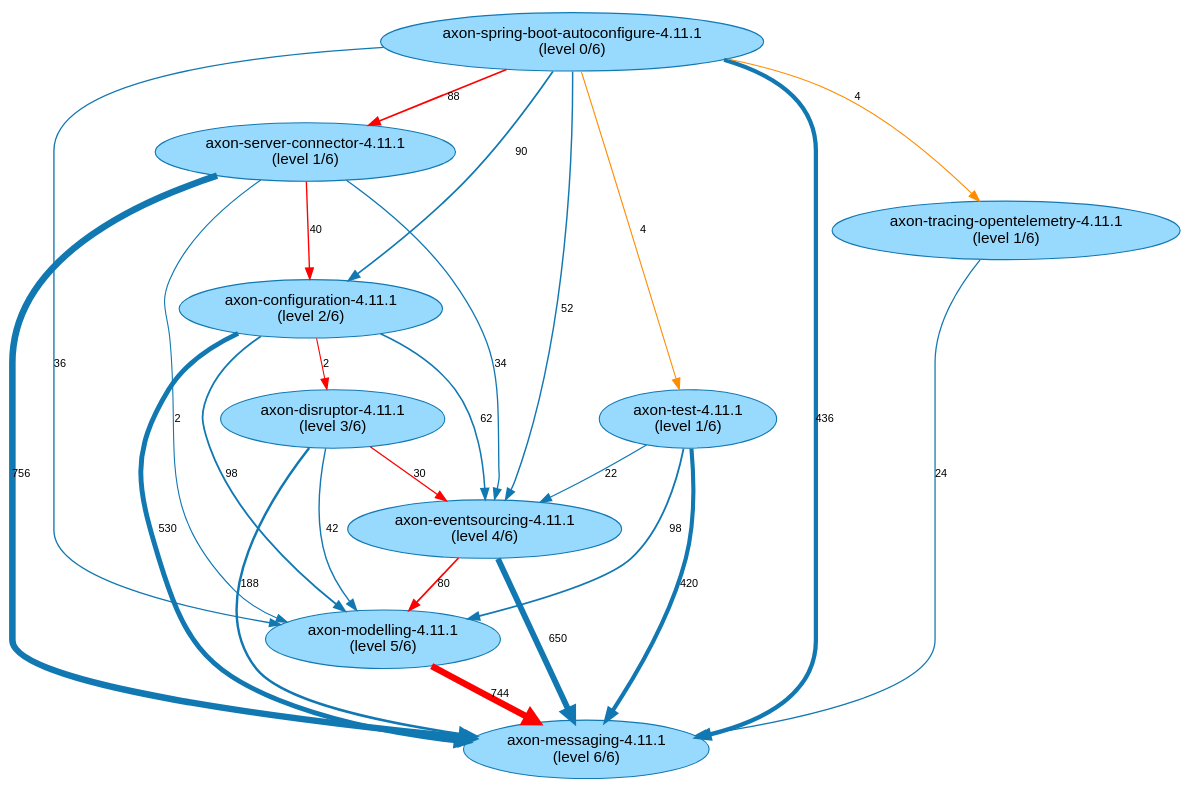
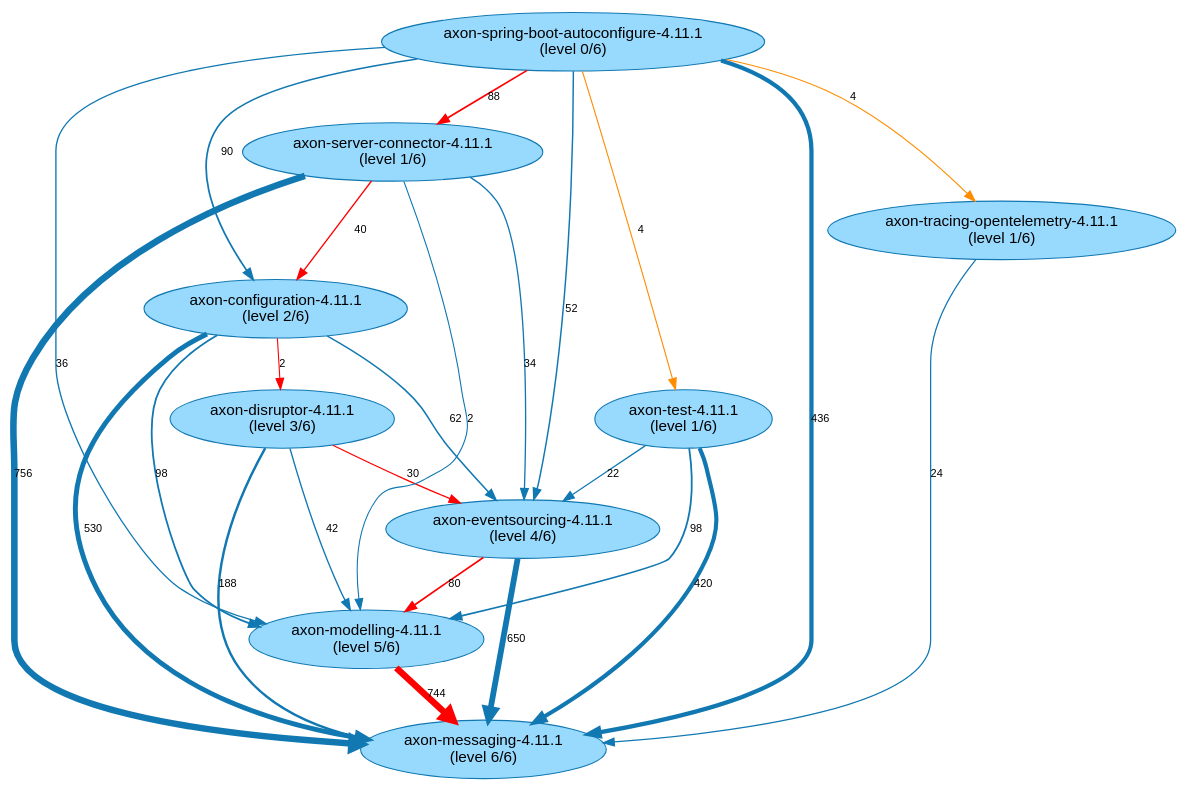
The diagram in analysis-results/AxonFramework/latest/path-finding-visualization/JavaArtifactLongestPaths.gv (JohT/code-graph-analysis-examples), drawn with Graphviz before and after one commit. The commit also changed other lines of this file and 287 other files, not shown here.

```diff
--- a/analysis-results/AxonFramework/latest/path-finding-visualization/JavaArtifactLongestPaths.gv
+++ b/analysis-results/AxonFramework/latest/path-finding-visualization/JavaArtifactLongestPaths.gv
@@ -1,37 +1,37 @@
 // This GraphViz dot file was generated by the script convertQueryResultCsvToGraphVizDotFile.sh with default.template
 
 strict digraph JavaArtifactLongestPaths {
     fontname = "Helvetica,Arial,sans-serif";
     node [fontname = "Helvetica,Arial,sans-serif";];
     edge [fontname = "Helvetica,Arial,sans-serif"; fontsize = 10;];
     node [style = filled; fillcolor = "0.560 0.400 0.999";];
     node [color = "0.560 0.900 0.700";];
     edge [color = "0.560 0.900 0.700";];
+	"axon-configuration-4.11.1\n(level 2/6)" -> "axon-eventsourcing-4.11.1\n(level 4/6)" [label=62; penwidth=1.4; ];
 	"axon-configuration-4.11.1\n(level 2/6)" -> "axon-modelling-4.11.1\n(level 5/6)" [label=98; penwidth=1.64; ];
-	"axon-configuration-4.11.1\n(level 2/6)" -> "axon-eventsourcing-4.11.1\n(level 4/6)" [label=62; penwidth=1.4; ];
 	"axon-configuration-4.11.1\n(level 2/6)" -> "axon-messaging-4.11.1\n(level 6/6)" [label=530; penwidth=4.5; ];
 	"axon-configuration-4.11.1\n(level 2/6)" -> "axon-disruptor-4.11.1\n(level 3/6)" [label=2; penwidth=1.0; color="red"; ];
+	"axon-spring-boot-autoconfigure-4.11.1\n(level 0/6)" -> "axon-messaging-4.11.1\n(level 6/6)" [label=436; penwidth=3.88; ];
+	"axon-spring-boot-autoconfigure-4.11.1\n(level 0/6)" -> "axon-eventsourcing-4.11.1\n(level 4/6)" [label=52; penwidth=1.33; ];
+	"axon-spring-boot-autoconfigure-4.11.1\n(level 0/6)" -> "axon-configuration-4.11.1\n(level 2/6)" [label=90; penwidth=1.58; ];
 	"axon-spring-boot-autoconfigure-4.11.1\n(level 0/6)" -> "axon-server-connector-4.11.1\n(level 1/6)" [label=88; penwidth=1.57; color="red"; ];
-	"axon-spring-boot-autoconfigure-4.11.1\n(level 0/6)" -> "axon-messaging-4.11.1\n(level 6/6)" [label=436; penwidth=3.88; ];
-	"axon-spring-boot-autoconfigure-4.11.1\n(level 0/6)" -> "axon-configuration-4.11.1\n(level 2/6)" [label=90; penwidth=1.58; ];
 	"axon-spring-boot-autoconfigure-4.11.1\n(level 0/6)" -> "axon-modelling-4.11.1\n(level 5/6)" [label=36; penwidth=1.23; ];
-	"axon-spring-boot-autoconfigure-4.11.1\n(level 0/6)" -> "axon-eventsourcing-4.11.1\n(level 4/6)" [label=52; penwidth=1.33; ];
 	"axon-spring-boot-autoconfigure-4.11.1\n(level 0/6)" -> "axon-tracing-opentelemetry-4.11.1\n(level 1/6)" [label=4; penwidth=1.01; ];
 	"axon-spring-boot-autoconfigure-4.11.1\n(level 0/6)" -> "axon-test-4.11.1\n(level 1/6)" [label=4; penwidth=1.01; ];
 	"axon-server-connector-4.11.1\n(level 1/6)" -> "axon-messaging-4.11.1\n(level 6/6)" [label=756; penwidth=6.0; ];
 	"axon-server-connector-4.11.1\n(level 1/6)" -> "axon-configuration-4.11.1\n(level 2/6)" [label=40; penwidth=1.25; color="red"; ];
 	"axon-server-connector-4.11.1\n(level 1/6)" -> "axon-eventsourcing-4.11.1\n(level 4/6)" [label=34; penwidth=1.21; ];
 	"axon-server-connector-4.11.1\n(level 1/6)" -> "axon-modelling-4.11.1\n(level 5/6)" [label=2; penwidth=1.0; ];
 	"axon-modelling-4.11.1\n(level 5/6)" -> "axon-messaging-4.11.1\n(level 6/6)" [label=744; penwidth=5.92; color="red"; ];
 	"axon-eventsourcing-4.11.1\n(level 4/6)" -> "axon-messaging-4.11.1\n(level 6/6)" [label=650; penwidth=5.3; ];
 	"axon-eventsourcing-4.11.1\n(level 4/6)" -> "axon-modelling-4.11.1\n(level 5/6)" [label=80; penwidth=1.52; color="red"; ];
+	"axon-disruptor-4.11.1\n(level 3/6)" -> "axon-eventsourcing-4.11.1\n(level 4/6)" [label=30; penwidth=1.19; color="red"; ];
+	"axon-disruptor-4.11.1\n(level 3/6)" -> "axon-messaging-4.11.1\n(level 6/6)" [label=188; penwidth=2.23; ];
 	"axon-disruptor-4.11.1\n(level 3/6)" -> "axon-modelling-4.11.1\n(level 5/6)" [label=42; penwidth=1.27; ];
-	"axon-disruptor-4.11.1\n(level 3/6)" -> "axon-messaging-4.11.1\n(level 6/6)" [label=188; penwidth=2.23; ];
-	"axon-disruptor-4.11.1\n(level 3/6)" -> "axon-eventsourcing-4.11.1\n(level 4/6)" [label=30; penwidth=1.19; color="red"; ];
 	"axon-tracing-opentelemetry-4.11.1\n(level 1/6)" -> "axon-messaging-4.11.1\n(level 6/6)" [label=24; penwidth=1.15; ];
+	"axon-test-4.11.1\n(level 1/6)" -> "axon-modelling-4.11.1\n(level 5/6)" [label=98; penwidth=1.64; ];
 	"axon-test-4.11.1\n(level 1/6)" -> "axon-messaging-4.11.1\n(level 6/6)" [label=420; penwidth=3.77; ];
-	"axon-test-4.11.1\n(level 1/6)" -> "axon-modelling-4.11.1\n(level 5/6)" [label=98; penwidth=1.64; ];
 	"axon-test-4.11.1\n(level 1/6)" -> "axon-eventsourcing-4.11.1\n(level 4/6)" [label=22; penwidth=1.13; ];
 	"axon-spring-boot-autoconfigure-4.11.1\n(level 0/6)" -> "axon-tracing-opentelemetry-4.11.1\n(level 1/6)" [label=4; penwidth=1.01; color="darkorange"; ];
 	"axon-spring-boot-autoconfigure-4.11.1\n(level 0/6)" -> "axon-test-4.11.1\n(level 1/6)" [label=4; penwidth=1.01; color="darkorange"; ];
 }
```
